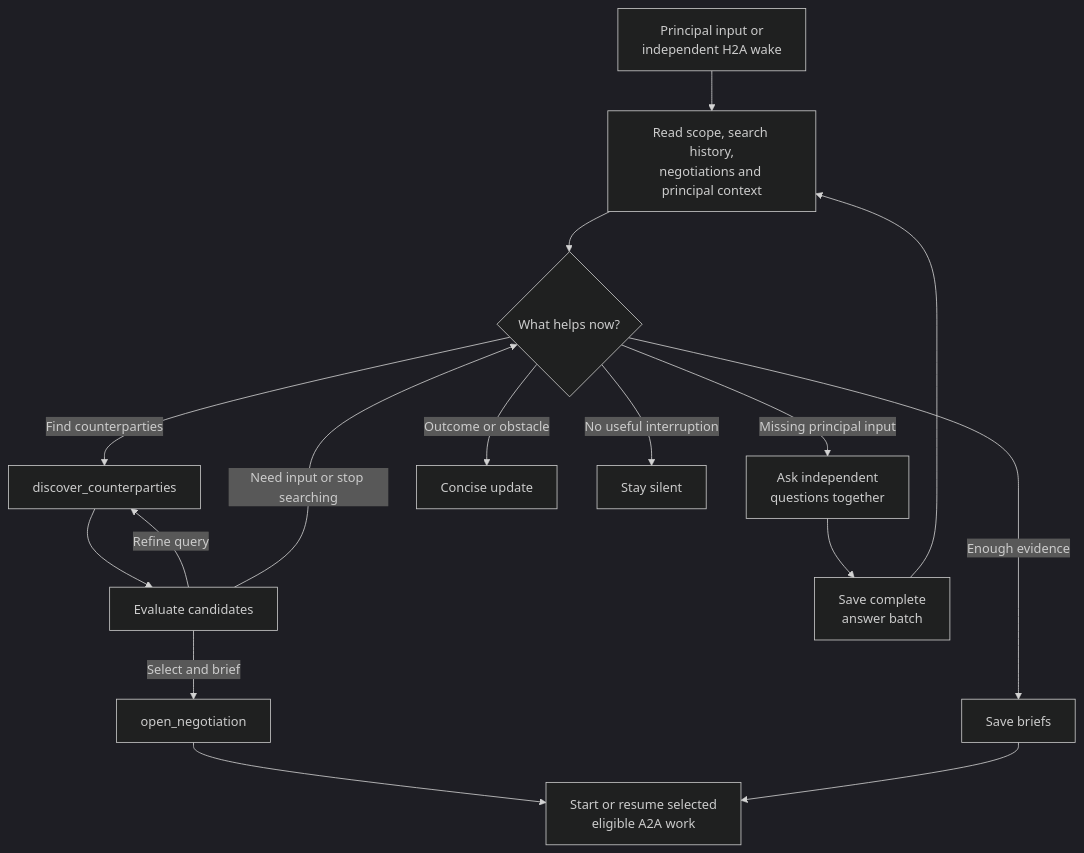
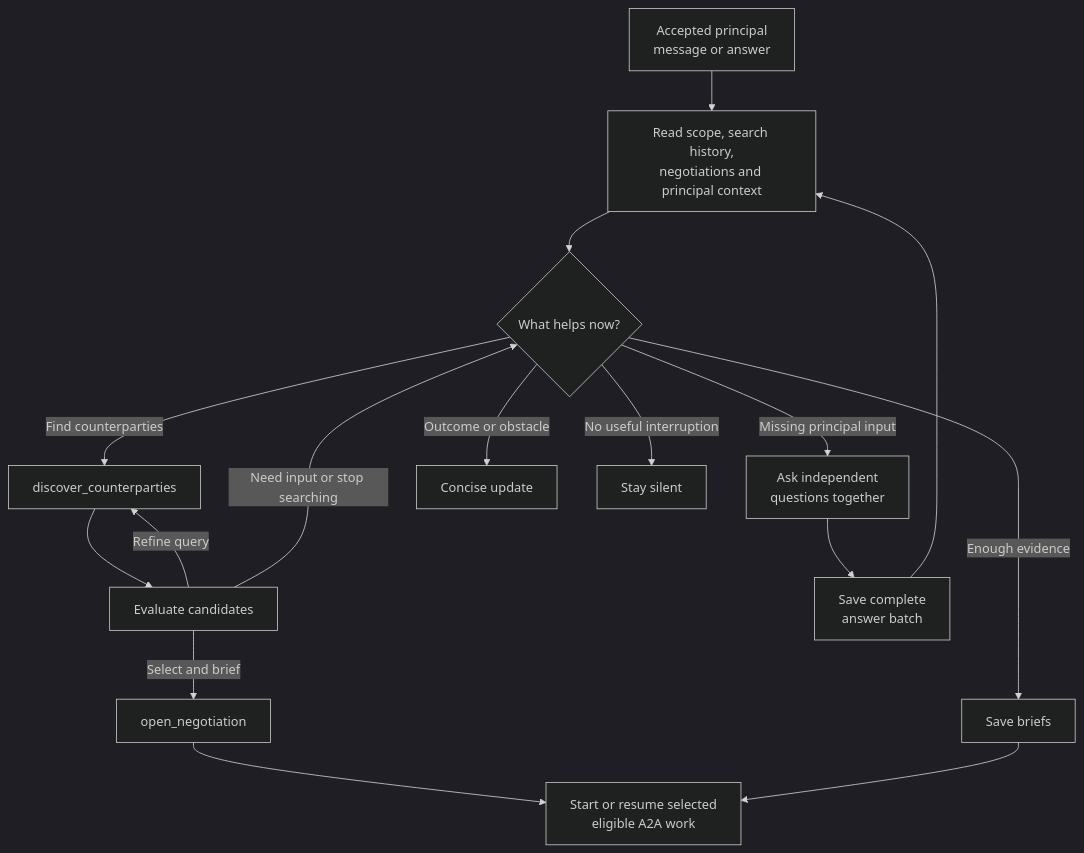
The second of 2 diagrams in docs/agent-enhancement/design.md (indexnetwork/index), drawn with Mermaid (dark theme) before and after one commit. The commit also changed other lines of this file and 13 other files, not shown here.

````diff
--- a/docs/agent-enhancement/design.md
+++ b/docs/agent-enhancement/design.md
@@ -30,18 +30,18 @@
 ```mermaid
 flowchart TD
-    W["Principal input or<br/>independent H2A wake"] --> R["Read scope, search history,<br/>negotiations and principal context"]
+    W["Accepted principal<br/>message or answer"] --> R["Read scope, search history,<br/>negotiations and principal context"]
     R --> D{"What helps now?"}
     D -->|"Find counterparties"| F["discover_counterparties"]
     F --> E["Evaluate candidates"]
     E -->|"Refine query"| F
     E -->|"Select and brief"| O["open_negotiation"]
     O --> N["Start or resume selected<br/>eligible A2A work"]
     E -->|"Need input or stop searching"| D
     D -->|"Enough evidence"| B["Save briefs"]
     B --> N
     D -->|"Missing principal input"| Q["Ask independent<br/>questions together"]
     Q --> A["Save complete<br/>answer batch"]
     A --> R
     D -->|"Outcome or obstacle"| U["Concise update"]
     D -->|"No useful interruption"| S["Stay silent"]
 ```
````
